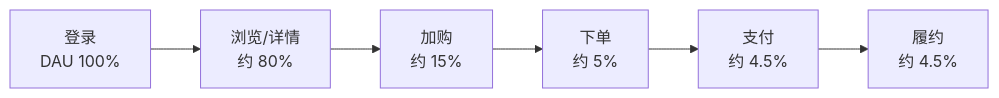
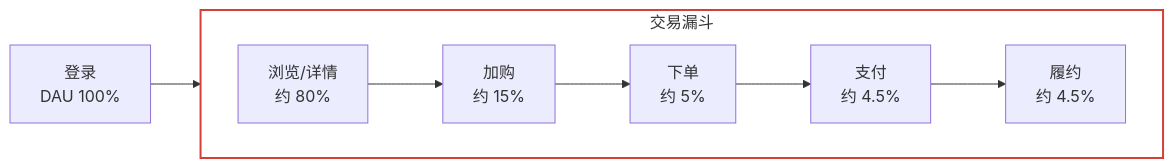
Before and after one commit to RedInn7/gomall: the first of 7 diagrams in docs/lecture/02-product-display.md, drawn with Mermaid. The commit also changed other lines of this file, not shown here.

Commit message:
docs(lecture): 02 用户旅程漏斗图浏览→履约圈红框（交易漏斗 subgraph）

````diff
--- a/docs/lecture/02-product-display.md
+++ b/docs/lecture/02-product-display.md
@@ -39,8 +21,12 @@
 ```mermaid
 flowchart LR
-    login["登录<br/>DAU 100%"] --> browse["浏览/详情<br/>约 80%"]
-    browse --> cart["加购<br/>约 15%"]
-    cart --> order["下单<br/>约 5%"]
-    order --> pay["支付<br/>约 4.5%"]
-    pay --> ship["履约<br/>约 4.5%"]
+    login["登录<br/>DAU 100%"] --> browse
+    subgraph funnel["交易漏斗"]
+        direction LR
+        browse["浏览/详情<br/>约 80%"] --> cart["加购<br/>约 15%"]
+        cart --> order["下单<br/>约 5%"]
+        order --> pay["支付<br/>约 4.5%"]
+        pay --> ship["履约<br/>约 4.5%"]
+    end
+    style funnel fill:none,stroke:#d43f3a,stroke-width:2px
 ```
````
